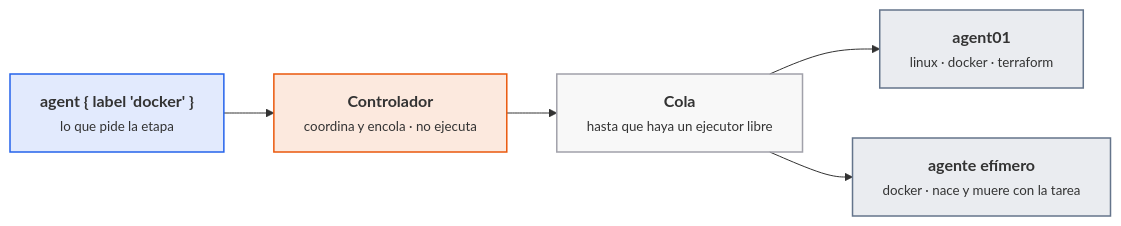
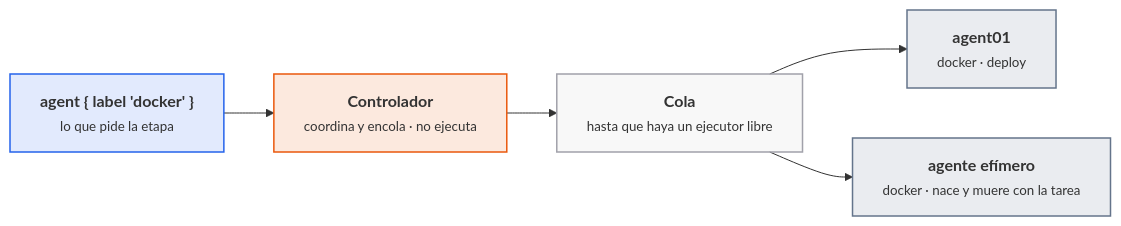
The third of 7 diagrams in docs/ut/ut6-ci.md (victor-educ/apuntes-5166), drawn with Mermaid before and after one commit. The commit also changed other lines of this file and 15 other files, not shown here.

````diff
--- a/docs/ut/ut6-ci.md
+++ b/docs/ut/ut6-ci.md
@@ -502,17 +540,17 @@
 ```mermaid
 flowchart LR
     ETAPA["<b>agent { label 'docker' }</b><br><small>lo que pide la etapa</small>"]:::dato
     CTRL["<b>Controlador</b><br><small>coordina y encola · no ejecuta</small>"]:::act
     COLA["<b>Cola</b><br><small>hasta que haya un ejecutor libre</small>"]:::infra
-    A1["<b>agent01</b><br><small>linux · docker · terraform</small>"]:::pieza
+    A1["<b>agent01</b><br><small>docker · deploy</small>"]:::pieza
     A2["<b>agente efímero</b><br><small>docker · nace y muere con la tarea</small>"]:::pieza
     ETAPA --> CTRL --> COLA
     COLA --> A1
     COLA --> A2
     classDef act fill:#ea580c22,stroke:#ea580c,stroke-width:1.5px
     classDef pieza fill:#64748b22,stroke:#64748b,stroke-width:1.5px
     classDef dato fill:#2563eb22,stroke:#2563eb,stroke-width:1.5px
     classDef infra fill:#a1a1aa14,stroke:#a1a1aa,stroke-width:1.5px
     classDef ok fill:#16a34a22,stroke:#16a34a,stroke-width:1.5px
     classDef riesgo fill:#dc262622,stroke:#dc2626,stroke-width:1.5px
 ```
````
